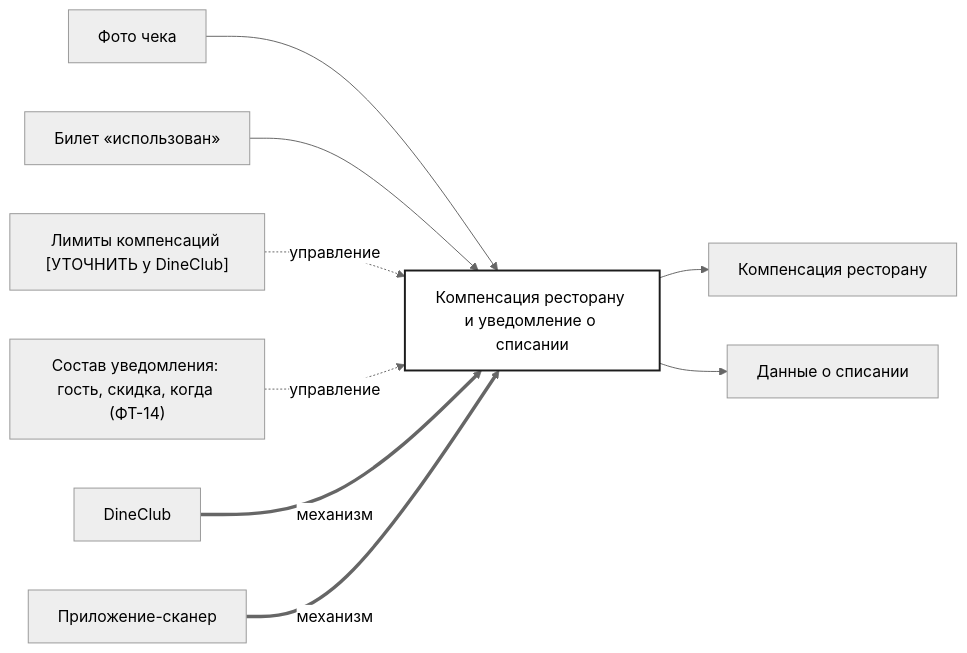
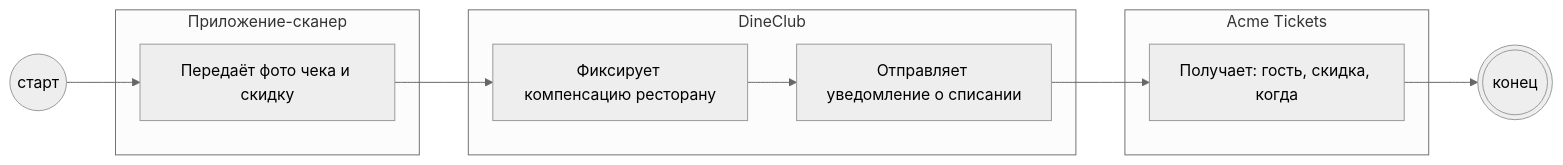
One commit to po-helper-org/poh-bft-writer changed the diagram in skills/bft-blueprint/examples/dineclub-restart-blueprint/backlog/tasks/bp-18.1 - Компенсация-ресторану-и-уведомление-о-списании.md. Above: the diagram before and after it, drawn with Mermaid (neutral theme). The commit also changed other lines of this file and 60 other files, not shown here.

````diff
--- a/skills/bft-blueprint/examples/dineclub-restart-blueprint/backlog/tasks/bp-18.1 - Компенсация-ресторану-и-уведомление-о-списании.md
+++ b/skills/bft-blueprint/examples/dineclub-restart-blueprint/backlog/tasks/bp-18.1 - Компенсация-ресторану-и-уведомление-о-списании.md
@@ -27,13 +41,20 @@
 ```mermaid
 flowchart LR
-  A0["Компенсация ресторану и уведомление о списании"]
-  in1["Фото чека"] --> A0
-  in2["Билет «использован»"] --> A0
-  ctl1["Лимиты компенсаций [УТОЧНИТЬ у DineClub]"] -. управление .-> A0
-  ctl2["Состав уведомления: гость, скидка, когда (ФТ-14)"] -. управление .-> A0
-  mech1["DineClub"] == механизм ==> A0
-  mech2["Приложение-сканер"] == механизм ==> A0
-  A0 --> out1["Компенсация ресторану"]
-  A0 --> out2["Данные о списании"]
-  style A0 fill:#fff,stroke:#1c1c1c,stroke-width:2px
+  S(("старт"))
+  subgraph L1["Приложение-сканер"]
+    N1["Передаёт фото чека и скидку"]
+  end
+  subgraph L2["DineClub"]
+    N2["Фиксирует компенсацию ресторану"]
+    N3["Отправляет уведомление о списании"]
+  end
+  subgraph L3["Acme Tickets"]
+    N4["Получает: гость, скидка, когда"]
+  end
+  E((("конец")))
+  S --> N1
+  N1 --> N2
+  N2 --> N3
+  N3 --> N4
+  N4 --> E
 ```
````
